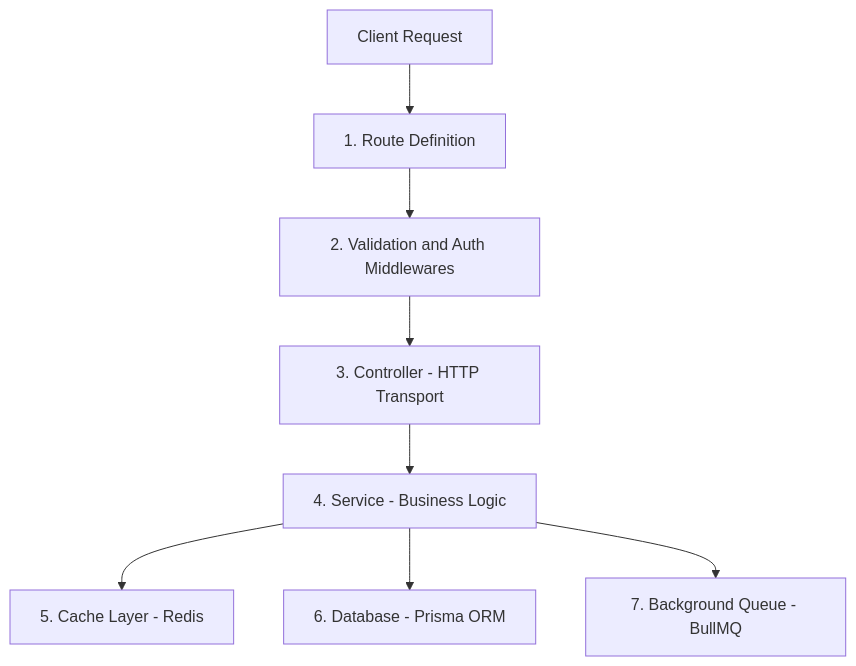
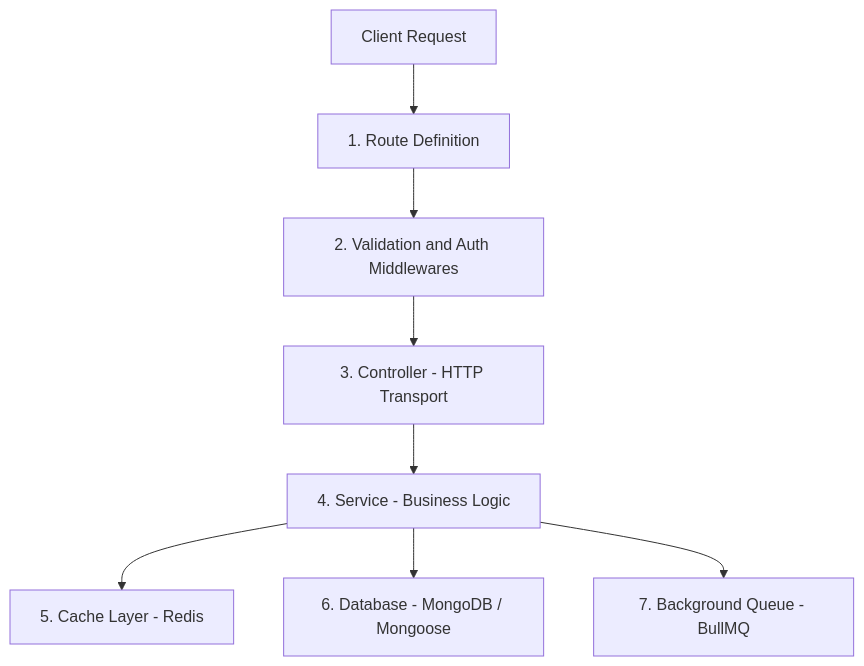
The first of 2 diagrams in PRD.md (Manjeet-Yadav-777/Node-JS-Backend-Kit), drawn with Mermaid before and after one commit. The commit also changed other lines of this file and 10 other files, not shown here.

````diff
--- a/PRD.md
+++ b/PRD.md
@@ -56,10 +56,10 @@
 ```mermaid
 graph TD
     Client[Client Request] --> Route[1. Route Definition]
     Route --> Middleware[2. Validation and Auth Middlewares]
     Middleware --> Controller[3. Controller - HTTP Transport]
     Controller --> Service[4. Service - Business Logic]
     Service --> Cache[5. Cache Layer - Redis]
-    Service --> Repo[6. Database - Prisma ORM]
+    Service --> Repo[6. Database - MongoDB / Mongoose]
     Service --> Queue[7. Background Queue - BullMQ]
 ```
````
